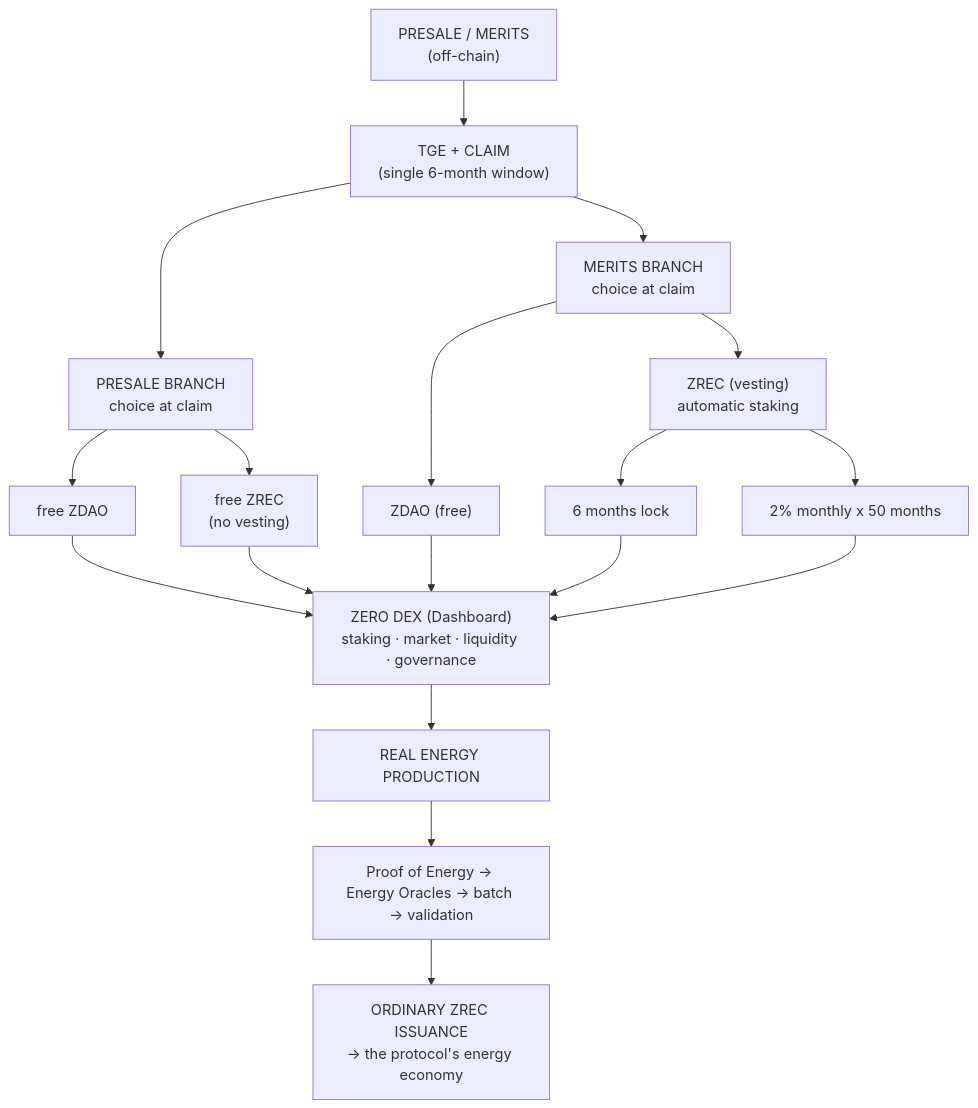
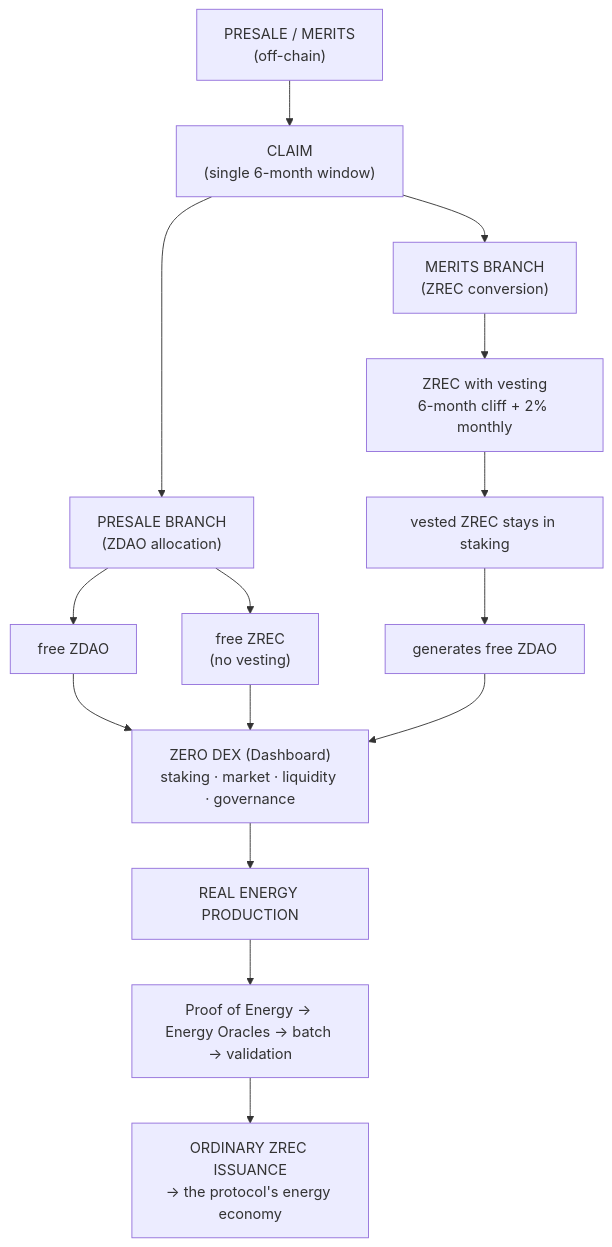
The fourth of 4 diagrams in docs/business-logic/01-general-architecture.md (blockvault-ai/zero-energy), drawn with Mermaid before and after one commit. The commit also changed 3 other files, not shown here.

Commit message:
docs: modelo de 2 ramas en ciclo operativo — Mérits solo convierte a ZREC con vesting (v3.3)

````diff
--- a/docs/business-logic/01-general-architecture.md
+++ b/docs/business-logic/01-general-architecture.md
@@ -68,33 +68,29 @@
 ```mermaid
 flowchart TD
     A["PRESALE / MERITS<br/>(off-chain)"]
-    B["TGE + CLAIM<br/>(single 6-month window)"]
-    P["PRESALE BRANCH<br/>choice at claim"]
+    B["CLAIM<br/>(single 6-month window)"]
+    P["PRESALE BRANCH<br/>(ZDAO allocation)"]
     P1["free ZDAO"]
     P2["free ZREC<br/>(no vesting)"]
-    M["MERITS BRANCH<br/>choice at claim"]
-    M1["ZDAO (free)"]
-    M2["ZREC (vesting)<br/>automatic staking"]
-    M3[6 months lock]
-    M4[2% monthly x 50 months]
+    M["MERITS BRANCH<br/>(ZREC conversion)"]
+    M1["ZREC with vesting<br/>6-month cliff + 2% monthly"]
+    M2["vested ZREC stays in staking"]
+    M3["generates free ZDAO"]
     D["ZERO DEX (Dashboard)<br/>staking · market · liquidity · governance"]
     R[REAL ENERGY PRODUCTION]
     V["Proof of Energy → Energy Oracles → batch → validation"]
     O["ORDINARY ZREC ISSUANCE<br/>→ the protocol's energy economy"]
 
     A --> B
     B --> P
     B --> M
     P --> P1
     P --> P2
     M --> M1
-    M --> M2
+    M1 --> M2
     M2 --> M3
-    M2 --> M4
     P1 --> D
     P2 --> D
-    M1 --> D
     M3 --> D
-    M4 --> D
     D --> R --> V --> O
 ```
````
